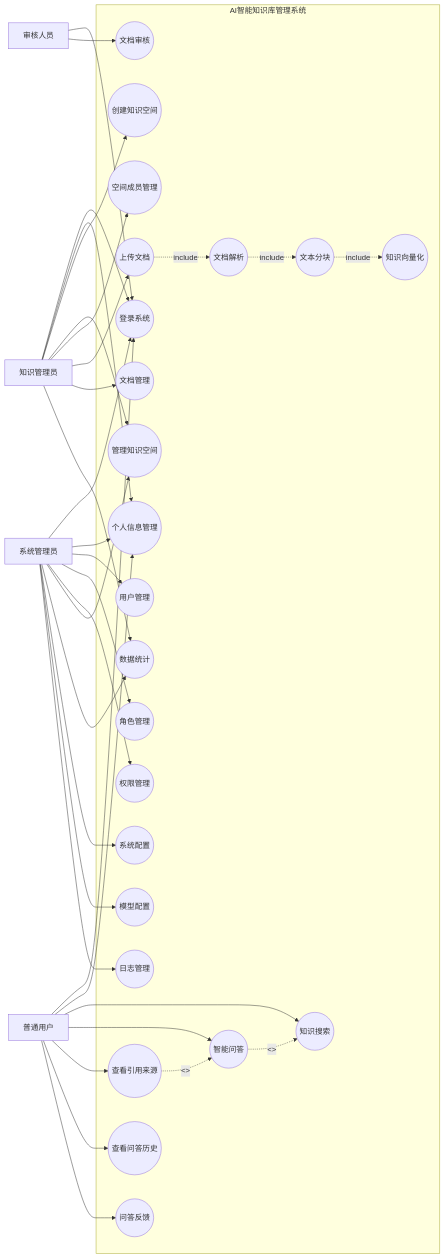
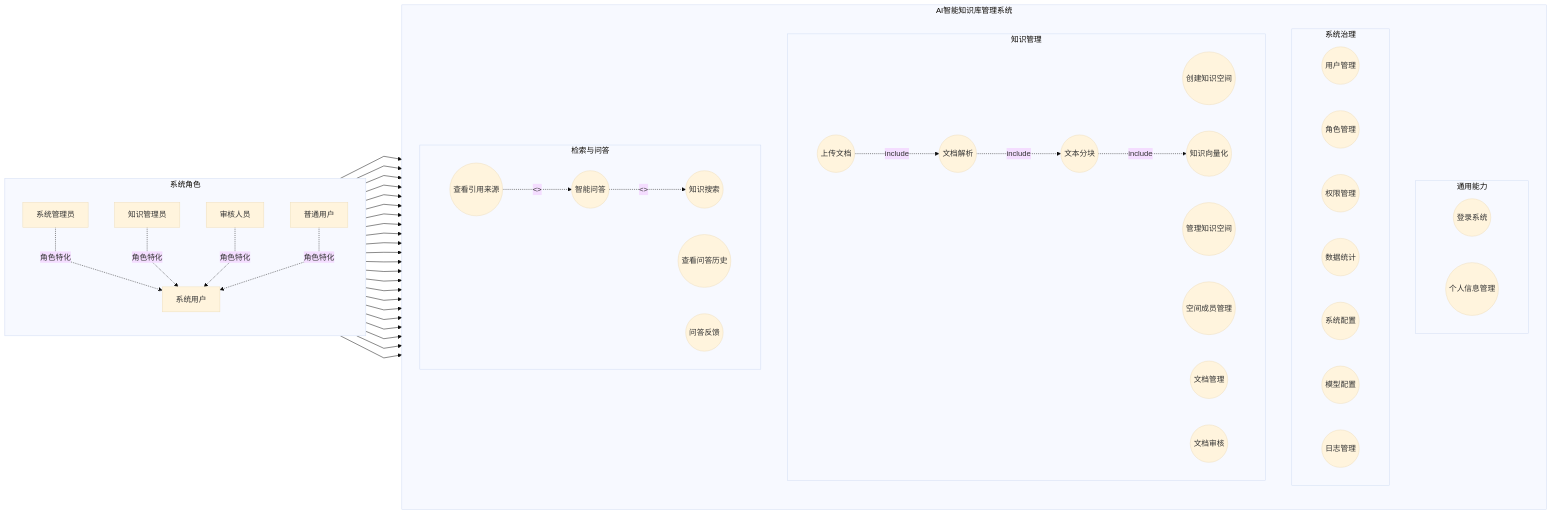
One commit to YJsnz/Agent changed the second of 22 diagrams in readme.md. Above: the diagram before and after it, drawn with Mermaid. The commit also changed other lines of this file, not shown here.

````diff
--- a/readme.md
+++ b/readme.md
@@ -256,44 +261,61 @@
 ```mermaid
+%%{init: {"theme":"base","themeVariables":{"fontFamily":"Microsoft YaHei, Arial, sans-serif"},"flowchart":{"curve":"linear","nodeSpacing":55,"rankSpacing":75,"padding":14,"useMaxWidth":false}}}%%
 flowchart LR
-    Admin["系统管理员"]
-    KM["知识管理员"]
-    Auditor["审核人员"]
-    User["普通用户"]
+    subgraph ACTORS["系统角色"]
+        direction TB
+        SystemUser["系统用户"]
+        Admin["系统管理员"]
+        KM["知识管理员"]
+        Auditor["审核人员"]
+        User["普通用户"]
+    end
+
+    Admin -. "角色特化" .-> SystemUser
+    KM -. "角色特化" .-> SystemUser
+    Auditor -. "角色特化" .-> SystemUser
+    User -. "角色特化" .-> SystemUser
 
     subgraph SYS["AI智能知识库管理系统"]
-        UC1(("登录系统"))
-        UC2(("个人信息管理"))
-
-        UC3(("用户管理"))
-        UC4(("角色管理"))
-        UC5(("权限管理"))
-
-        UC6(("创建知识空间"))
-        UC7(("管理知识空间"))
-        UC8(("空间成员管理"))
-
-        UC9(("上传文档"))
-        UC10(("文档管理"))
-        UC11(("文档解析"))
-        UC12(("文本分块"))
-        UC13(("知识向量化"))
-
-        UC14(("知识搜索"))
-        UC15(("智能问答"))
-        UC16(("查看引用来源"))
-        UC17(("查看问答历史"))
-        UC18(("问答反馈"))
-
-        UC19(("文档审核"))
-
-        UC20(("数据统计"))
-        UC21(("系统配置"))
-        UC22(("模型配置"))
-        UC23(("日志管理"))
+        direction TB
+        subgraph COMMON["通用能力"]
+            direction LR
+            UC1(("登录系统"))
+            UC2(("个人信息管理"))
+        end
+        subgraph ADMIN["系统治理"]
+            direction LR
+            UC3(("用户管理"))
+            UC4(("角色管理"))
+            UC5(("权限管理"))
+            UC20(("数据统计"))
+            UC21(("系统配置"))
+            UC22(("模型配置"))
+            UC23(("日志管理"))
+        end
+        subgraph KNOWLEDGE["知识管理"]
+            direction LR
+            UC6(("创建知识空间"))
+            UC7(("管理知识空间"))
+            UC8(("空间成员管理"))
+            UC9(("上传文档"))
+            UC10(("文档管理"))
+            UC19(("文档审核"))
+            UC11(("文档解析"))
+            UC12(("文本分块"))
+            UC13(("知识向量化"))
+        end
+        subgraph QA["检索与问答"]
+            direction LR
+            UC14(("知识搜索"))
+            UC15(("智能问答"))
+            UC16(("查看引用来源"))
+            UC17(("查看问答历史"))
+            UC18(("问答反馈"))
+        end
     end
 
-    Admin --> UC1
-    Admin --> UC2
+    SystemUser --> UC1
+    SystemUser --> UC2
     Admin --> UC3
     Admin --> UC4
     Admin --> UC5
@@ -303,8 +325,6 @@
     Admin --> UC22
     Admin --> UC23
 
-    KM --> UC1
-    KM --> UC2
     KM --> UC6
     KM --> UC7
     KM --> UC8
@@ -312,11 +332,8 @@
     KM --> UC10
     KM --> UC20
 
-    Auditor --> UC1
     Auditor --> UC19
 
-    User --> UC1
-    User --> UC2
     User --> UC14
     User --> UC15
     User --> UC16
````
